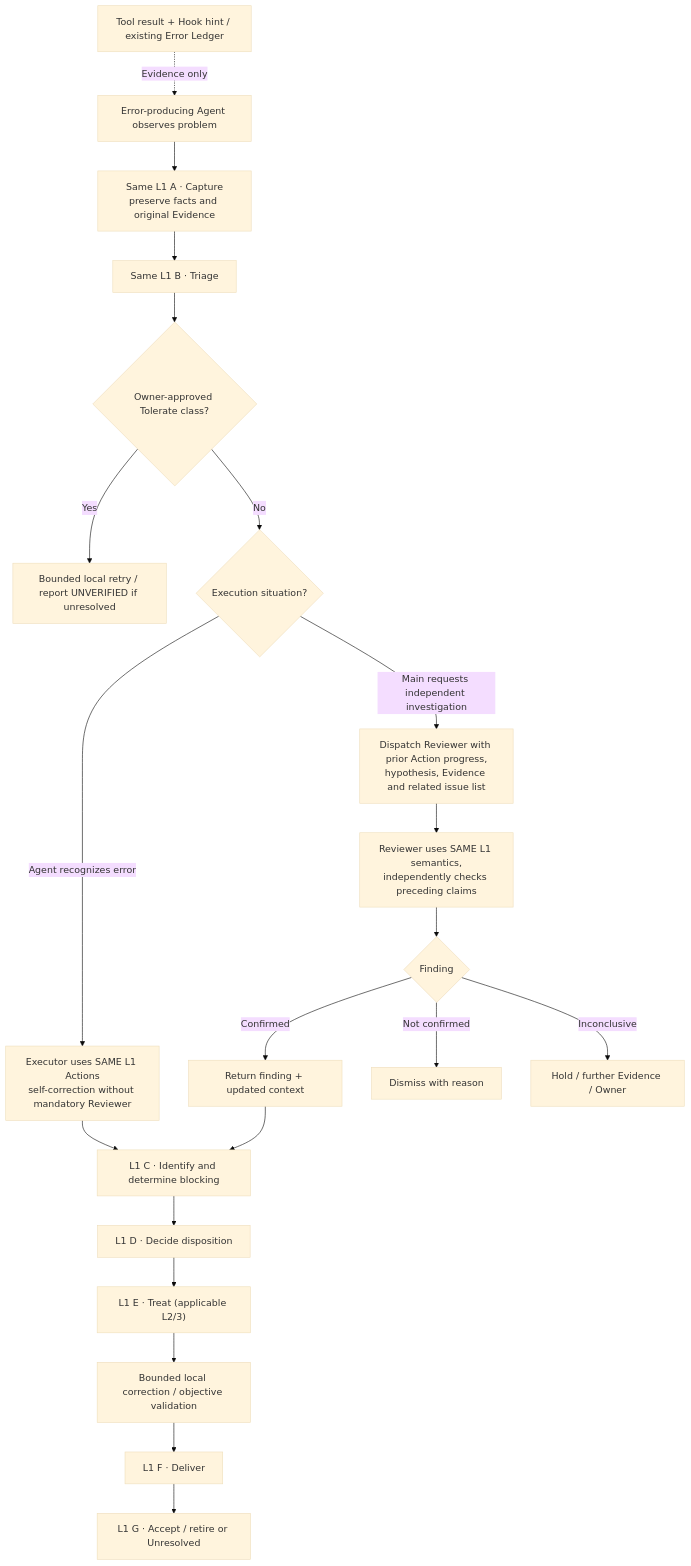
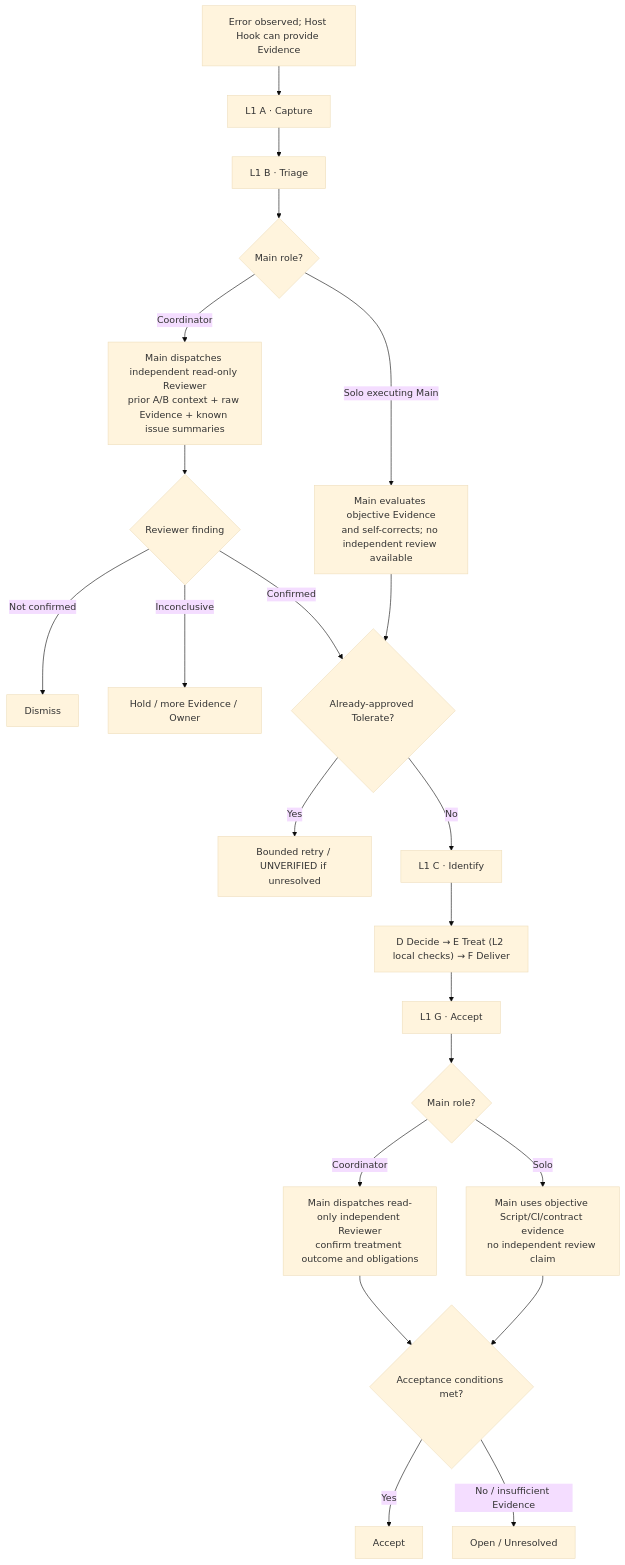
One commit to dyphn1/Harness-everything changed the diagram in docs/discussions/error-hook-framework/semantics-review-2026-11-13.md. Above: the diagram before and after it, drawn with Mermaid (base theme). The commit also changed other lines of this file, not shown here.

Commit message:
docs(hooks): resolve Q1-Q3 and draw mandatory coordinator reviewer vs solo self-correction (#439)

````diff
--- a/docs/discussions/error-hook-framework/semantics-review-2026-11-13.md
+++ b/docs/discussions/error-hook-framework/semantics-review-2026-11-13.md
@@ -13,23 +13,24 @@
 ```mermaid
 flowchart TD
-  H["Tool result + Hook hint / existing Error Ledger"] -. "Evidence only" .-> OBS
-  OBS["Error-producing Agent observes problem"] --> A["Same L1 A · Capture<br/>preserve facts and original Evidence"]
-  A --> B["Same L1 B · Triage"]
-  B --> TOL{"Owner-approved Tolerate class?"}
-  TOL -->|Yes| FAST["Bounded local retry / report UNVERIFIED if unresolved"]
-  TOL -->|No| WHO{"Execution situation?"}
-  WHO -->|Agent recognizes error| SELF["Executor uses SAME L1 Actions<br/>self-correction without mandatory Reviewer"]
-  WHO -->|Main requests independent investigation| DISPATCH["Dispatch Reviewer with prior Action progress,<br/>hypothesis, Evidence and related issue list"]
-  DISPATCH --> RV["Reviewer uses SAME L1 semantics,<br/>independently checks preceding claims"]
-  RV --> FIND{"Finding"}
-  FIND -->|Confirmed| CONT["Return finding + updated context"]
-  FIND -->|Not confirmed| DIS["Dismiss with reason"]
-  FIND -->|Inconclusive| HOLD["Hold / further Evidence / Owner"]
-  SELF --> C["L1 C · Identify and determine blocking"]
-  CONT --> C
-  C --> D["L1 D · Decide disposition"]
-  D --> E["L1 E · Treat (applicable L2/3)"]
-  E --> LOCAL["Bounded local correction / objective validation"]
-  LOCAL --> F["L1 F · Deliver"]
-  F --> G["L1 G · Accept / retire or Unresolved"]
+  O["Error observed; Host Hook can provide Evidence"] --> A["L1 A · Capture"]
+  A --> B["L1 B · Triage"]
+  B --> ROLE{"Main role?"}
+  ROLE -->|Coordinator| R["Main dispatches independent read-only Reviewer<br/>prior A/B context + raw Evidence + known issue summaries"]
+  ROLE -->|Solo executing Main| S["Main evaluates objective Evidence<br/>and self-corrects; no independent review available"]
+  R --> FIND{"Reviewer finding"}
+  FIND -->|Not confirmed| DIS["Dismiss"]
+  FIND -->|Inconclusive| HOLD["Hold / more Evidence / Owner"]
+  FIND -->|Confirmed| T{"Already-approved Tolerate?"}
+  S --> T
+  T -->|Yes| FAST["Bounded retry / UNVERIFIED if unresolved"]
+  T -->|No| C["L1 C · Identify"]
+  C --> D["D Decide → E Treat (L2 local checks) → F Deliver"]
+  D --> G["L1 G · Accept"]
+  G --> MODE{"Main role?"}
+  MODE -->|Coordinator| ACCEPT_R["Main dispatches read-only independent Reviewer<br/>confirm treatment outcome and obligations"]
+  MODE -->|Solo| ACCEPT_S["Main uses objective Script/CI/contract evidence<br/>no independent review claim"]
+  ACCEPT_R --> RESULT{"Acceptance conditions met?"}
+  ACCEPT_S --> RESULT
+  RESULT -->|Yes| OK["Accept"]
+  RESULT -->|No / insufficient Evidence| OPEN["Open / Unresolved"]
 ```
````
